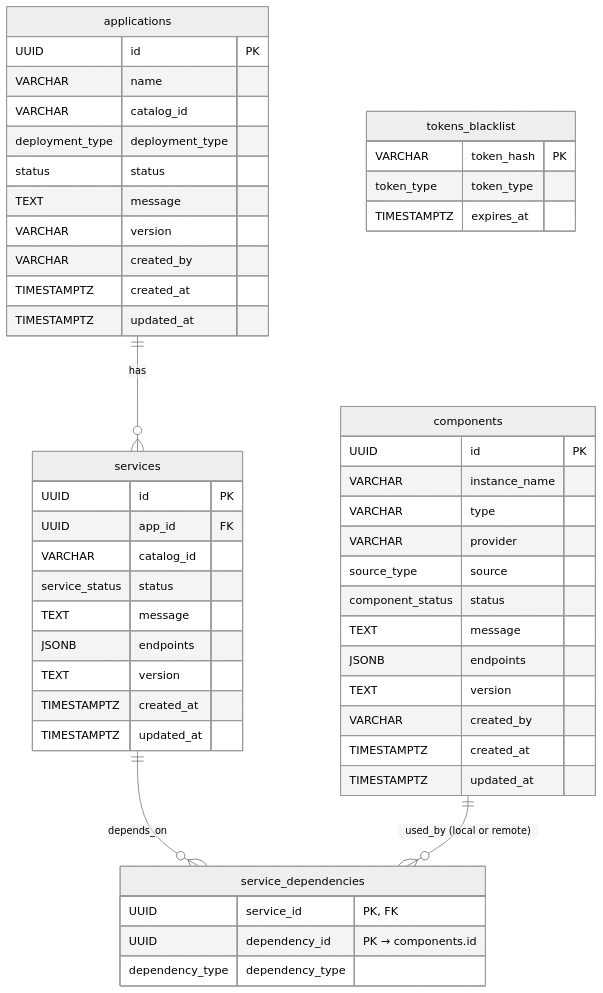
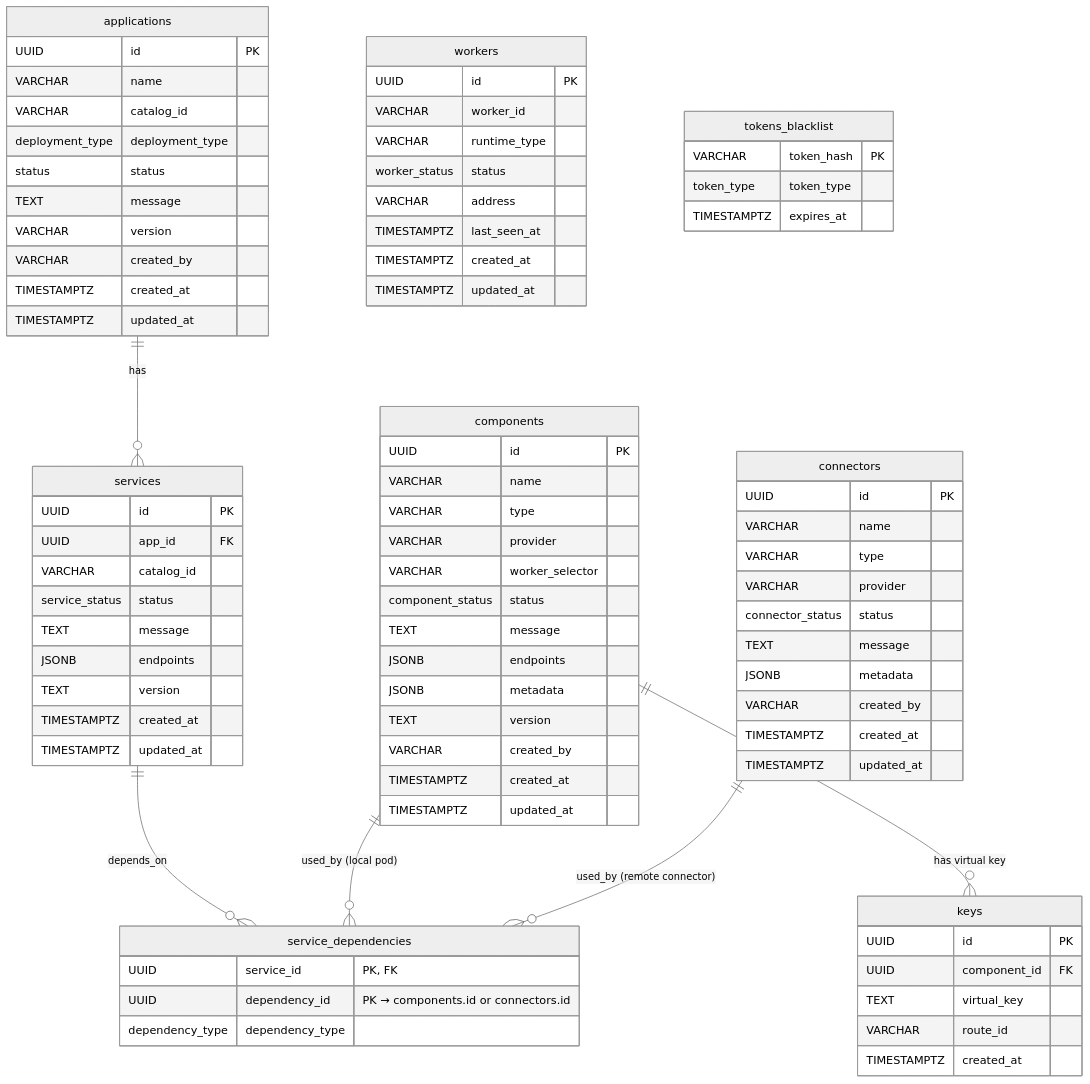
The diagram in docs/proposals/model-management/model-management-LLD.md (IBM/project-ai-services), drawn with Mermaid (neutral theme) before and after one commit. The commit also changed other lines of this file, not shown here.

```diff
--- a/docs/proposals/model-management/model-management-LLD.md
+++ b/docs/proposals/model-management/model-management-LLD.md
@@ -474,7 +591,9 @@
 erDiagram
     applications ||--o{ services : "has"
     services ||--o{ service_dependencies : "depends_on"
-    components ||--o{ service_dependencies : "used_by (local or remote)"
+    components ||--o{ service_dependencies : "used_by (local pod)"
+    connectors ||--o{ service_dependencies : "used_by (remote connector)"
+    components ||--o{ keys : "has virtual key"
 
     applications {
         UUID id PK
@@ -503,22 +622,55 @@
 
     components {
         UUID id PK
-        VARCHAR instance_name
+        VARCHAR name
         VARCHAR type
         VARCHAR provider
-        source_type source
+        VARCHAR worker_selector
         component_status status
         TEXT message
         JSONB endpoints
+        JSONB metadata
         TEXT version
         VARCHAR created_by
         TIMESTAMPTZ created_at
         TIMESTAMPTZ updated_at
     }
 
+    connectors {
+        UUID id PK
+        VARCHAR name
+        VARCHAR type
+        VARCHAR provider
+        connector_status status
+        TEXT message
+        JSONB metadata
+        VARCHAR created_by
+        TIMESTAMPTZ created_at
+        TIMESTAMPTZ updated_at
+    }
+
+    workers {
+        UUID id PK
+        VARCHAR worker_id
+        VARCHAR runtime_type
+        worker_status status
+        VARCHAR address
+        TIMESTAMPTZ last_seen_at
+        TIMESTAMPTZ created_at
+        TIMESTAMPTZ updated_at
+    }
+
+    keys {
+        UUID id PK
+        UUID component_id FK
+        TEXT virtual_key
+        VARCHAR route_id
+        TIMESTAMPTZ created_at
+    }
+
     service_dependencies {
         UUID service_id "PK, FK"
-        UUID dependency_id "PK → components.id"
+        UUID dependency_id "PK → components.id or connectors.id"
         dependency_type dependency_type
     }
 
```
